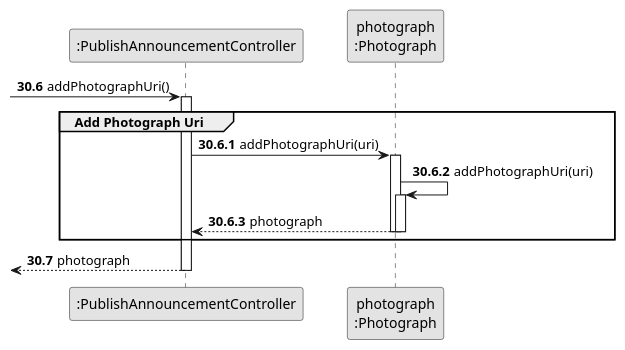
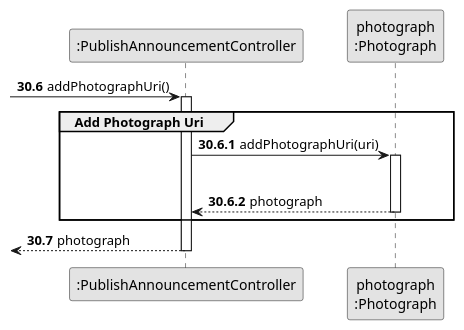
The diagram in docs/sprintB/us002/03.design/puml/us002-sequence-diagram-partial-add-photograph-uri.puml (rita-barbosa/LAPR2-2223), drawn with PlantUML before and after one commit. The commit also changed 7 other files, not shown here.

Commit message:
Update of sequence diagram [US002][Design]

```diff
--- a/docs/sprintB/us002/03.design/puml/us002-sequence-diagram-partial-add-photograph-uri.puml
+++ b/docs/sprintB/us002/03.design/puml/us002-sequence-diagram-partial-add-photograph-uri.puml
@@ -1,39 +1,36 @@
 @startuml
 skinparam monochrome true
 skinparam packageStyle rectangle
 skinparam shadowing false\
 
 
 participant ":PublishAnnouncementController" as CTRL
 participant "photograph\n:Photograph" as PHOTO
 
 
 
 autonumber 30.6
 
              -> CTRL : addPhotographUri()
              activate CTRL
 
 autonumber 30.6.1
 
     group Add Photograph Uri
 
         CTRL -> PHOTO : addPhotographUri(uri)
         activate PHOTO
-
-        PHOTO -> PHOTO : addPhotographUri(uri)
-        activate PHOTO
-
+        |||
         PHOTO --> CTRL : photograph
         deactivate PHOTO
 
         deactivate PHOTO
 
     end
 
 autonumber 30.7
 
             <-- CTRL : photograph
             deactivate CTRL
 
 @enduml
```
